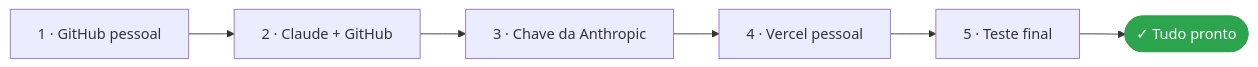
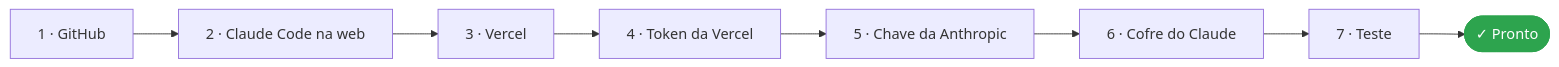
One commit to Blueydata/ai-dev-foundation changed the first of 2 diagrams in PREREQUISITES.md. Above: the diagram before and after it, drawn with Mermaid. The commit also changed other lines of this file and 19 other files, not shown here.

First line of the commit message:
feat: Claude publishes on Vercel through the pinned CLI, with keys kept as network secrets

````diff
--- a/PREREQUISITES.md
+++ b/PREREQUISITES.md
@@ -10,5 +10,5 @@
 ```mermaid
 flowchart LR
-    A["1 · GitHub pessoal"] --> B["2 · Claude + GitHub"] --> C["3 · Chave da Anthropic"] --> D["4 · Vercel pessoal"] --> E["5 · Teste final"] --> H(["✓ Tudo pronto"])
+    A["1 · GitHub"] --> B["2 · Claude Code na web"] --> C["3 · Vercel"] --> D["4 · Token da Vercel"] --> E["5 · Chave da Anthropic"] --> F["6 · Cofre do Claude"] --> G["7 · Teste"] --> H(["✓ Pronto"])
     style H fill:#2da44e,color:#fff,stroke:#2da44e
 ```
````
